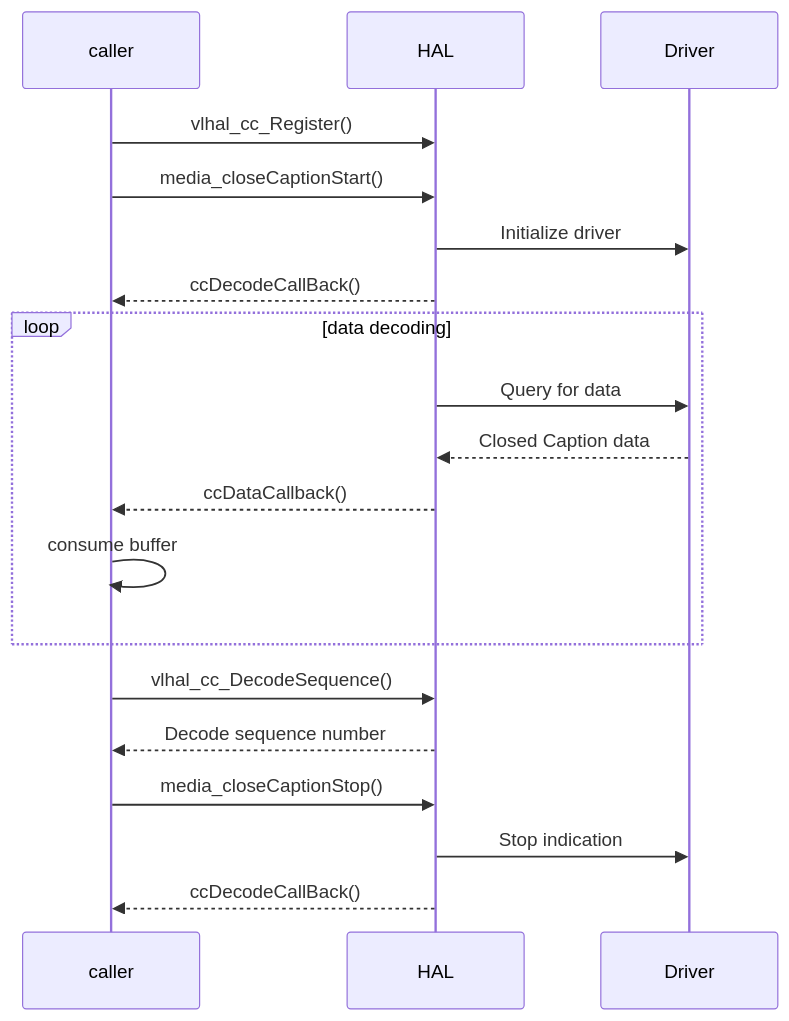
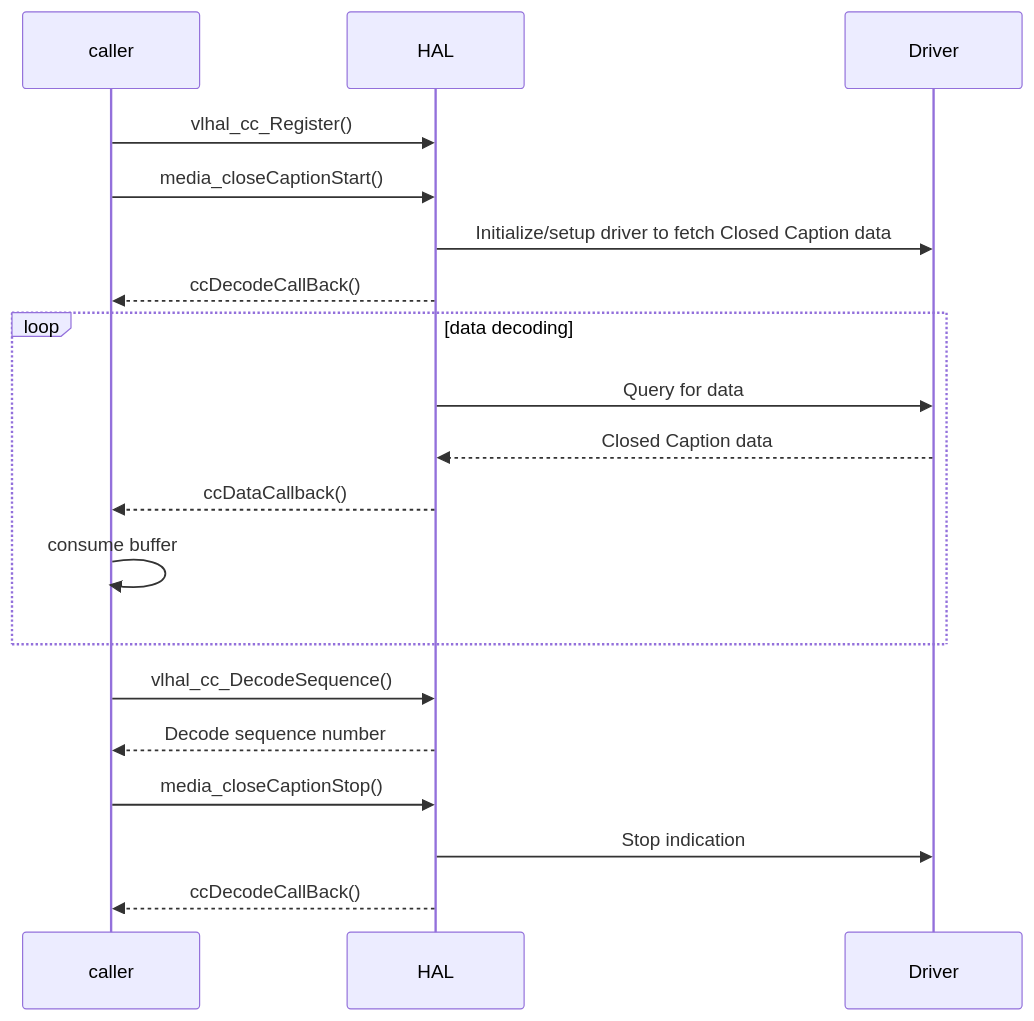
The second of 2 diagrams in docs/pages/closed-captions_halSpec.md (rdkcentral/rdk-halif-closed_captions), drawn with Mermaid before and after one commit. The commit also changed other lines of this file, not shown here.

First line of the commit message:
Update closed-captions_halSpec.md

````diff
--- a/docs/pages/closed-captions_halSpec.md
+++ b/docs/pages/closed-captions_halSpec.md
@@ -171,21 +171,21 @@
 ```mermaid
    sequenceDiagram
     participant caller
     participant HAL
     participant Driver
     caller->>HAL: vlhal_cc_Register()
     caller->>HAL:media_closeCaptionStart()
-    HAL->>Driver:Initialize driver
+    HAL->>Driver:Initialize/setup driver to fetch Closed Caption data
     HAL-->> caller : ccDecodeCallBack()
     loop data decoding
         HAL->>Driver : Query for data
         Driver-->>HAL : Closed Caption data
         HAL-->>caller: ccDataCallback()
         caller->>caller:consume buffer
     end
     caller->> HAL: vlhal_cc_DecodeSequence()
     HAL-->>caller:Decode sequence number
     caller->>HAL: media_closeCaptionStop()
     HAL->>Driver: Stop indication
     HAL-->>caller: ccDecodeCallBack()
  ```
````
